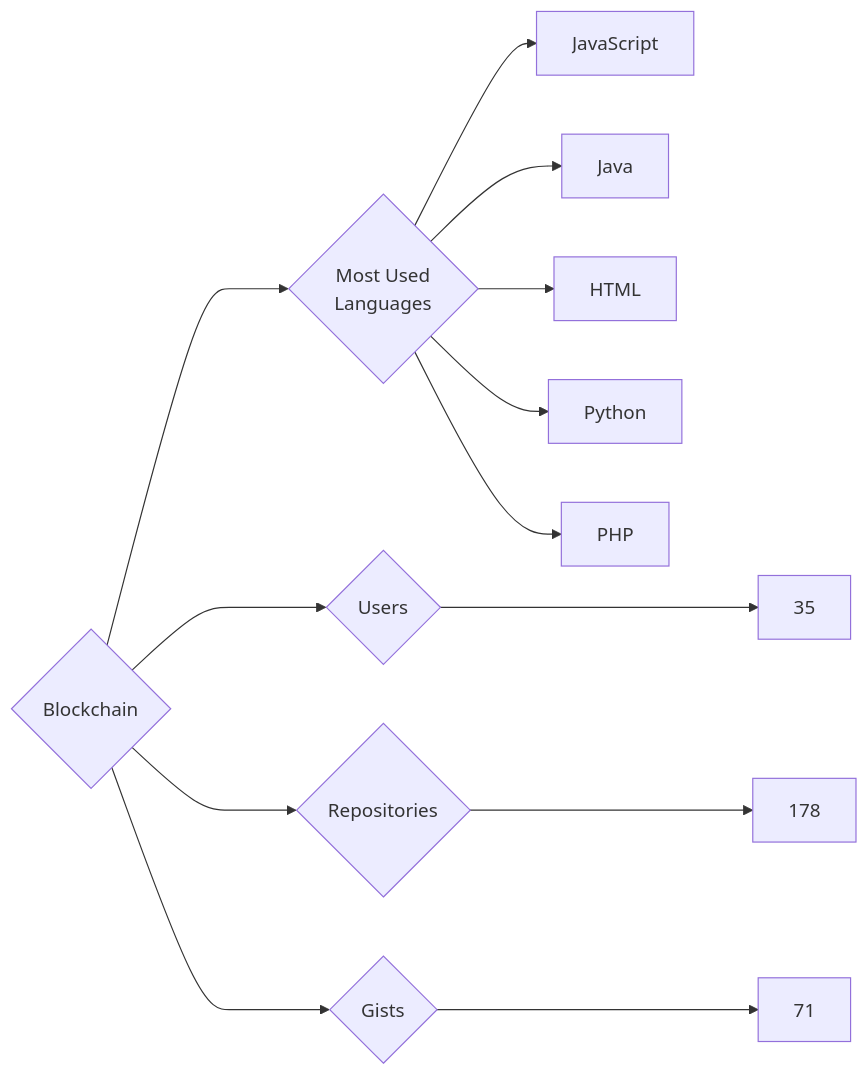
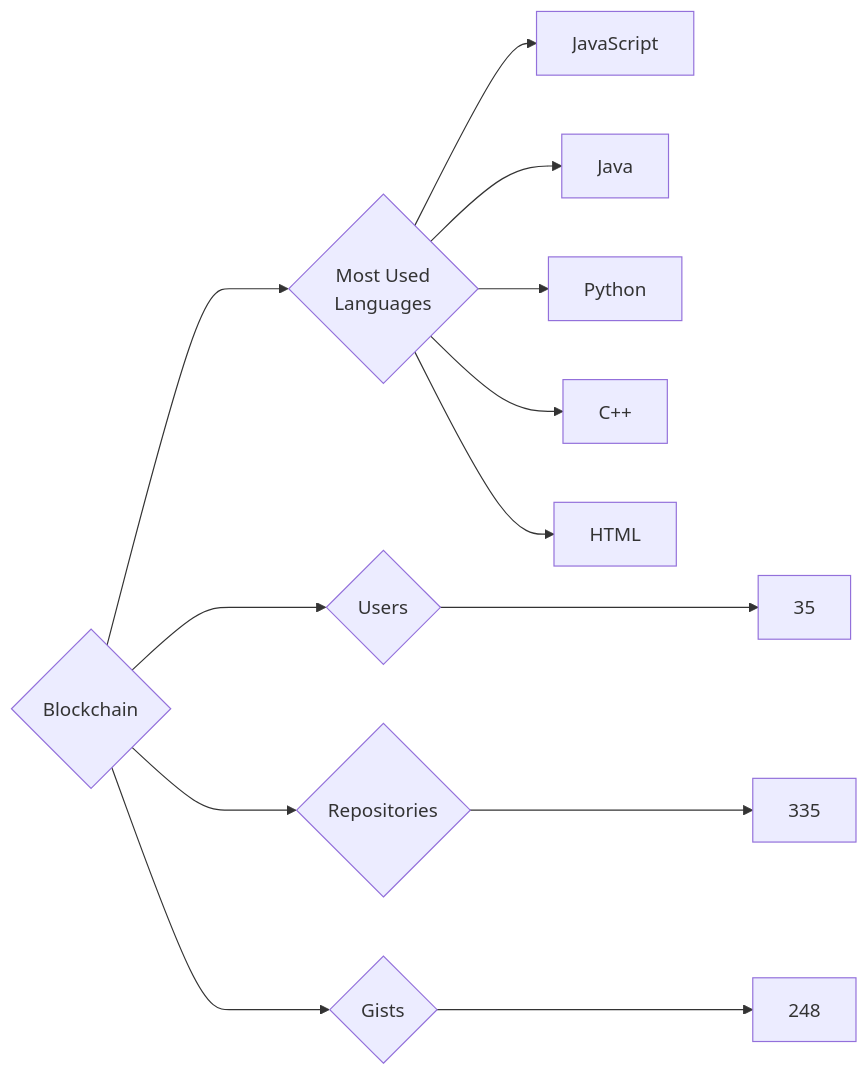
The diagram in targets/Blockchain/README.md (trickest/insiders), drawn with Mermaid before and after one commit. The commit also changed 984 other files, not shown here.

````diff
--- a/targets/Blockchain/README.md
+++ b/targets/Blockchain/README.md
@@ -3,13 +3,13 @@
 ```mermaid
 graph LR
 COMPANY_NAME{Blockchain}
 COMPANY_NAME ---> U{Users} ---> UN[35]
-COMPANY_NAME ---> R{Repositories} ---> RN[178]
-COMPANY_NAME ---> G{Gists} ---> GN[71]
+COMPANY_NAME ---> R{Repositories} ---> RN[335]
+COMPANY_NAME ---> G{Gists} ---> GN[248]
 COMPANY_NAME ---> ML{Most Used<br>Languages}
 ML --> JavaScript[JavaScript]
 ML --> Java[Java]
+ML --> Python[Python]
+ML --> C++[C++]
 ML --> HTML[HTML]
-ML --> Python[Python]
-ML --> PHP[PHP]
 ```
````
